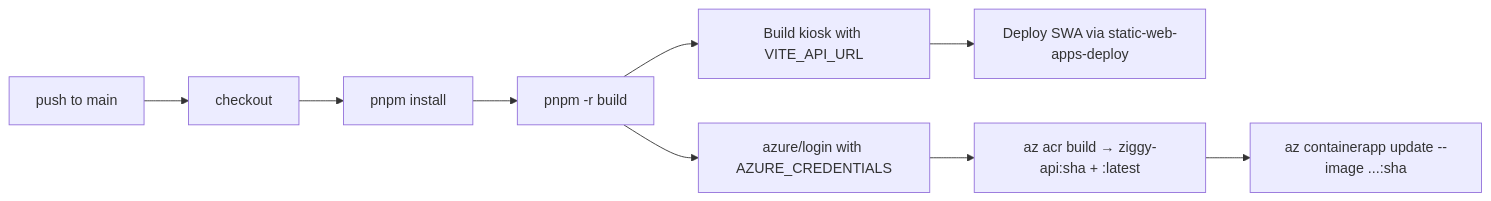
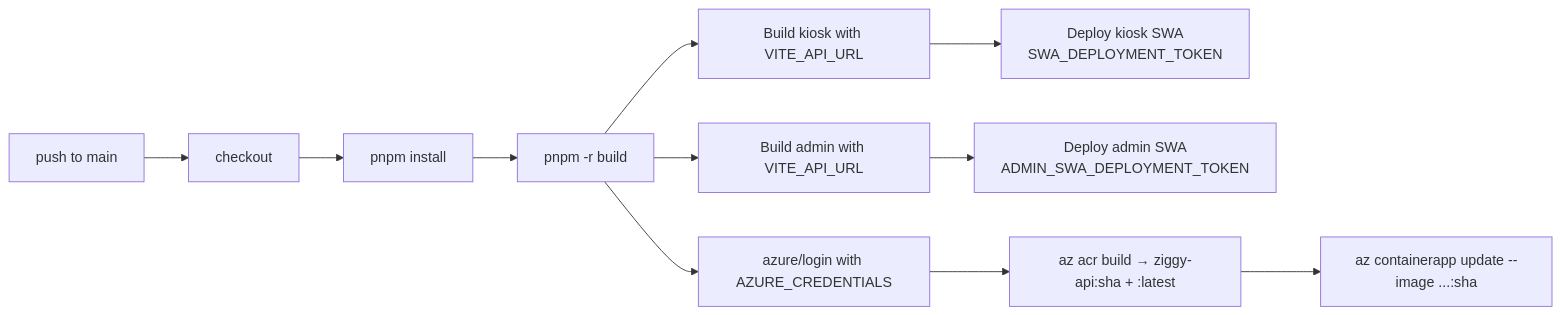
One commit to expertslive/ziggy changed the third of 3 diagrams in docs/deployment.md. Above: the diagram before and after it, drawn with Mermaid. The commit also changed other lines of this file and 18 other files, not shown here.

````diff
--- a/docs/deployment.md
+++ b/docs/deployment.md
@@ -92,11 +92,13 @@
 ```mermaid
 flowchart LR
     Push[push to main] --> CK[checkout]
     CK --> PN[pnpm install]
     PN --> BLD[pnpm -r build]
     BLD --> KB[Build kiosk with VITE_API_URL]
-    KB --> SWA[Deploy SWA via static-web-apps-deploy]
+    KB --> SWAK[Deploy kiosk SWA<br/>SWA_DEPLOYMENT_TOKEN]
+    BLD --> AB[Build admin with VITE_API_URL]
+    AB --> SWAA[Deploy admin SWA<br/>ADMIN_SWA_DEPLOYMENT_TOKEN]
     BLD --> AZ[azure/login with AZURE_CREDENTIALS]
     AZ --> ACRB[az acr build → ziggy-api:sha + :latest]
     ACRB --> UPD[az containerapp update --image ...:sha]
 ```
````
